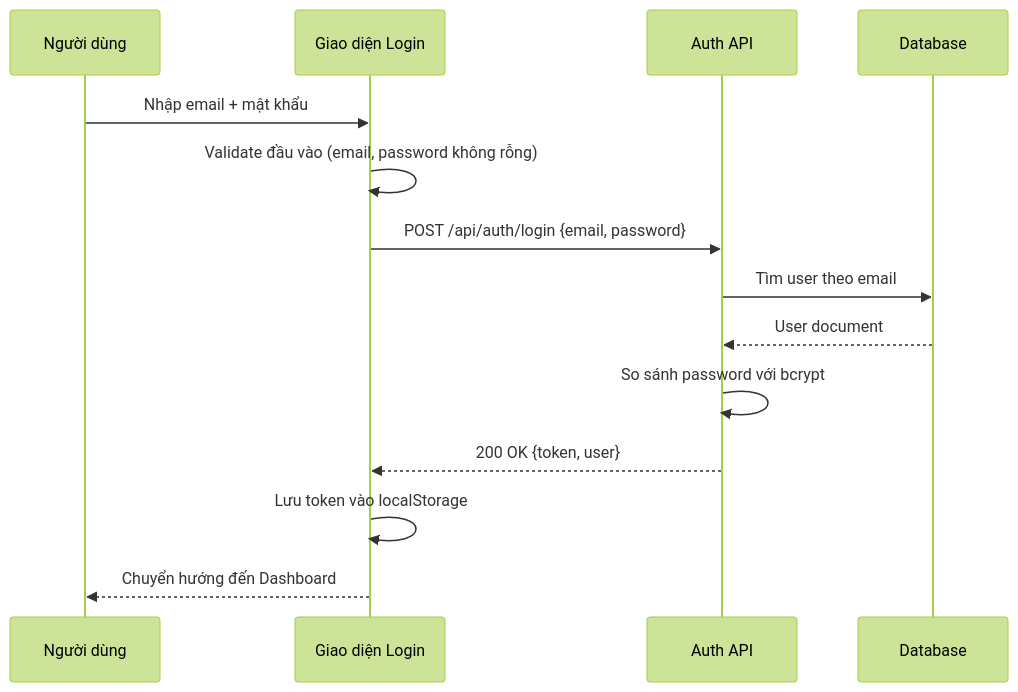
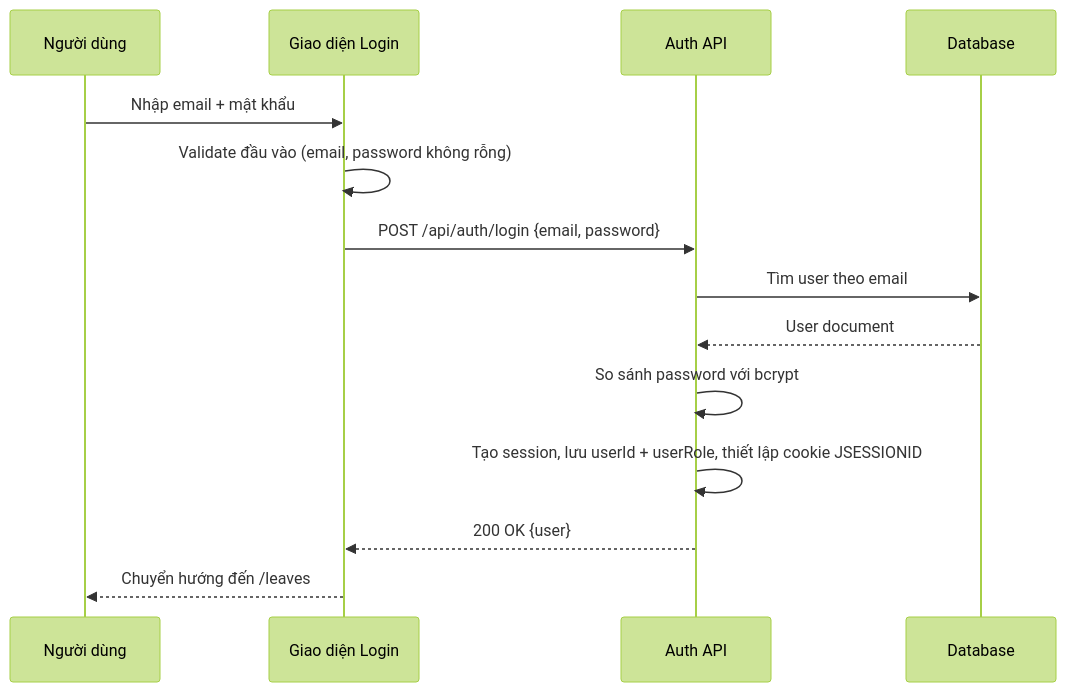
Before and after one commit to nghiaxh/hr-management: the third of 10 diagrams in docs/UC.md, drawn with Mermaid (forest theme). The commit also changed other lines of this file and 8 other files, not shown here.

````diff
--- a/docs/UC.md
+++ b/docs/UC.md
@@ -200,17 +201,17 @@
 ```mermaid
 sequenceDiagram
     participant U as Người dùng
     participant UI as Giao diện Login
     participant API as Auth API
     participant DB as Database
 
     U->>UI: Nhập email + mật khẩu
     UI->>UI: Validate đầu vào (email, password không rỗng)
     UI->>API: POST /api/auth/login {email, password}
     API->>DB: Tìm user theo email
     DB-->>API: User document
     API->>API: So sánh password với bcrypt
-    API-->>UI: 200 OK {token, user}
-    UI->>UI: Lưu token vào localStorage
-    UI-->>U: Chuyển hướng đến Dashboard
+    API->>API: Tạo session, lưu userId + userRole, thiết lập cookie JSESSIONID
+    API-->>UI: 200 OK {user}
+    UI-->>U: Chuyển hướng đến /leaves
 ```
````
